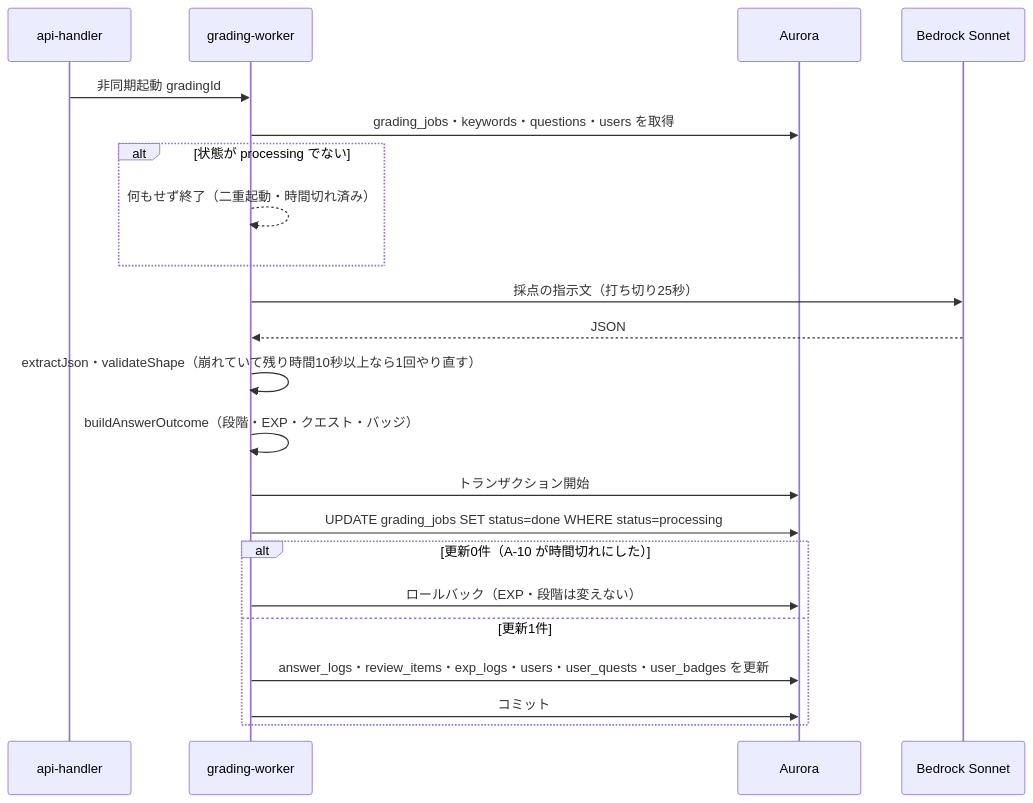
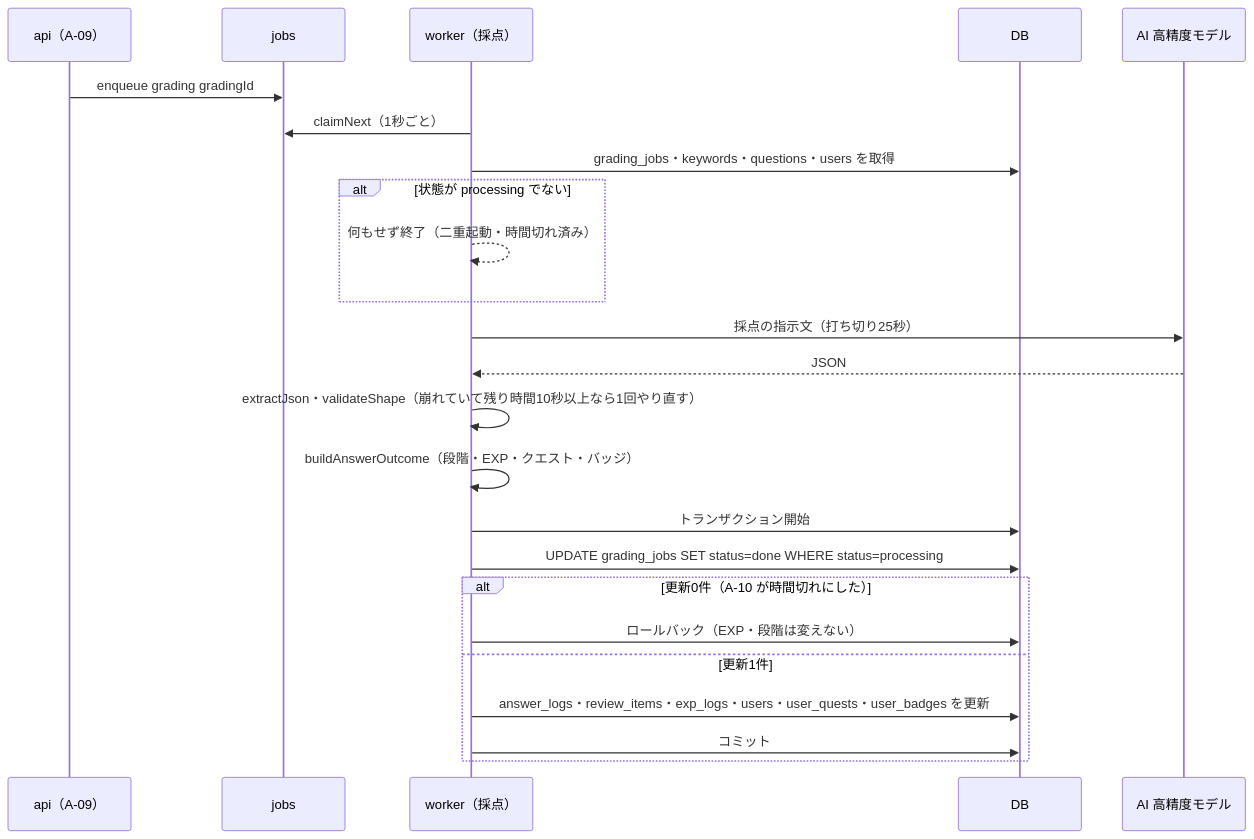
The third of 7 diagrams in documents/詳細設計書_RPG学習アプリ.md (pocarialice/rpglearning), drawn with Mermaid before and after one commit. The commit also changed other lines of this file and 3 other files, not shown here.

````diff
--- a/documents/詳細設計書_RPG学習アプリ.md
+++ b/documents/詳細設計書_RPG学習アプリ.md
@@ -628,24 +687,26 @@
 ```mermaid
 sequenceDiagram
-  participant API as api-handler
-  participant W as grading-worker
-  participant DB as Aurora
-  participant BR as Bedrock Sonnet
-  API->>W: 非同期起動 gradingId
+  participant API as api（A-09）
+  participant Q as jobs
+  participant W as worker（採点）
+  participant DB as DB
+  participant BR as AI 高精度モデル
+  API->>Q: enqueue grading gradingId
+  W->>Q: claimNext（1秒ごと）
   W->>DB: grading_jobs・keywords・questions・users を取得
   alt 状態が processing でない
     W-->>W: 何もせず終了（二重起動・時間切れ済み）
   end
   W->>BR: 採点の指示文（打ち切り25秒）
   BR-->>W: JSON
   W->>W: extractJson・validateShape（崩れていて残り時間10秒以上なら1回やり直す）
   W->>W: buildAnswerOutcome（段階・EXP・クエスト・バッジ）
   W->>DB: トランザクション開始
   W->>DB: UPDATE grading_jobs SET status=done WHERE status=processing
   alt 更新0件（A-10 が時間切れにした）
     W->>DB: ロールバック（EXP・段階は変えない）
   else 更新1件
     W->>DB: answer_logs・review_items・exp_logs・users・user_quests・user_badges を更新
     W->>DB: コミット
   end
 ```
````
